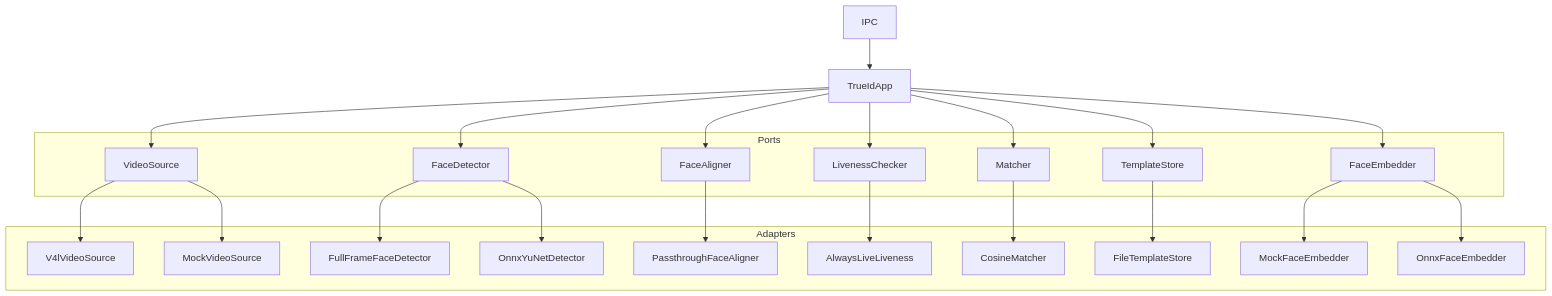
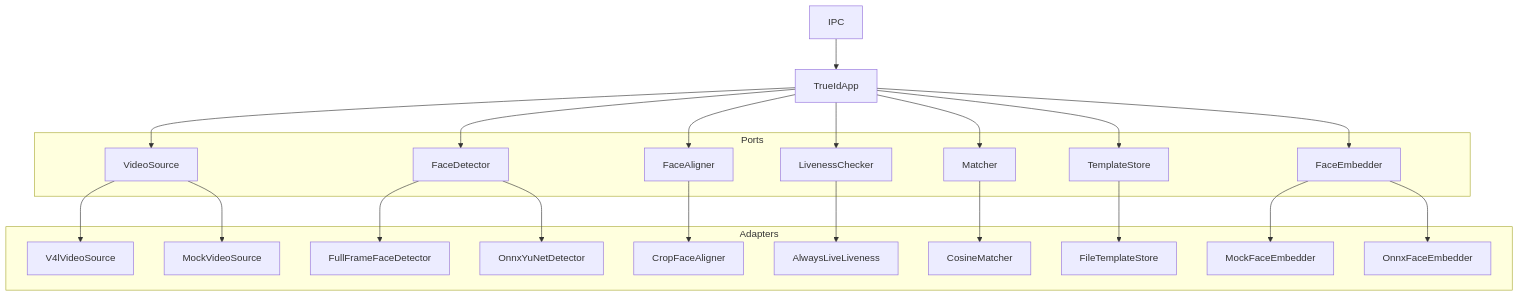
One commit to adilsaid64/trueid changed the first of 2 diagrams in docs/architecture.md. Above: the diagram before and after it, drawn with Mermaid. The commit also changed 9 other files, not shown here.

````diff
--- a/docs/architecture.md
+++ b/docs/architecture.md
@@ -18,50 +18,50 @@
 ```mermaid
 flowchart TD
     IPC[IPC]
     App[TrueIdApp]
 
     subgraph Ports
         Video[VideoSource]
         Det[FaceDetector]
         Align[FaceAligner]
         Live[LivenessChecker]
         FaceEmb[FaceEmbedder]
         Matcher[Matcher]
         Store[TemplateStore]
     end
 
     subgraph Adapters
         V4L[V4lVideoSource]
         MockVideo[MockVideoSource]
         MockDet[FullFrameFaceDetector]
         YuNet[OnnxYuNetDetector]
-        MockAlign[PassthroughFaceAligner]
+        CropAlign[CropFaceAligner]
         MockLive[AlwaysLiveLiveness]
         Cosine[CosineMatcher]
         FileStore[FileTemplateStore]
         MockEmb[MockFaceEmbedder]
         OnnxFace[OnnxFaceEmbedder]
     end
 
     IPC --> App
 
     App --> Video
     App --> Det
     App --> Align
     App --> Live
     App --> FaceEmb
     App --> Matcher
     App --> Store
 
     Video --> V4L
     Video --> MockVideo
     Det --> MockDet
     Det --> YuNet
-    Align --> MockAlign
+    Align --> CropAlign
     Live --> MockLive
     Matcher --> Cosine
     Store --> FileStore
     FaceEmb --> MockEmb
     FaceEmb --> OnnxFace
 
 ```
````
